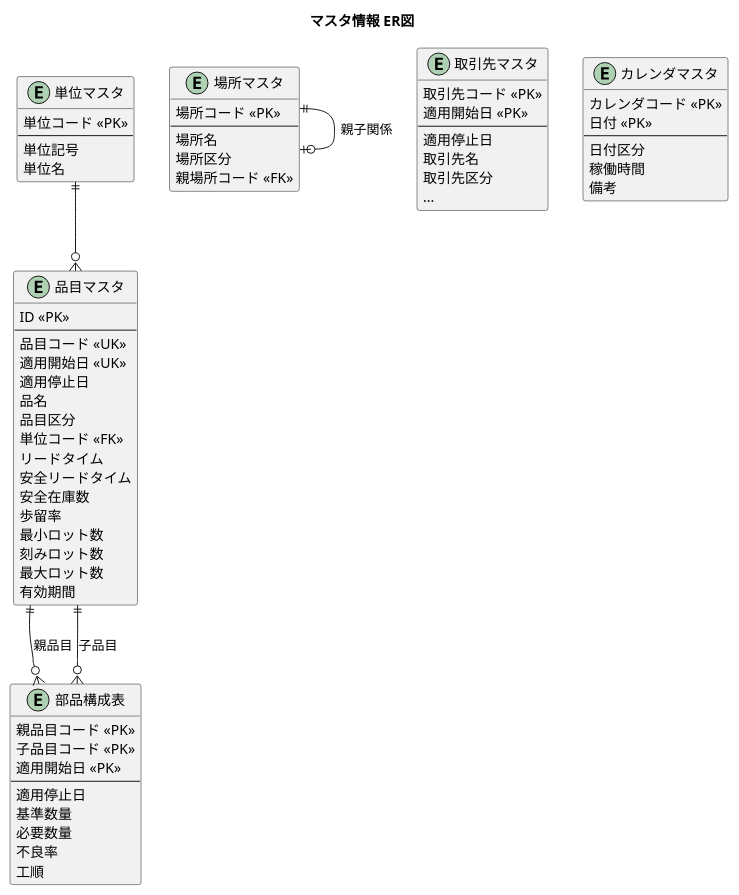
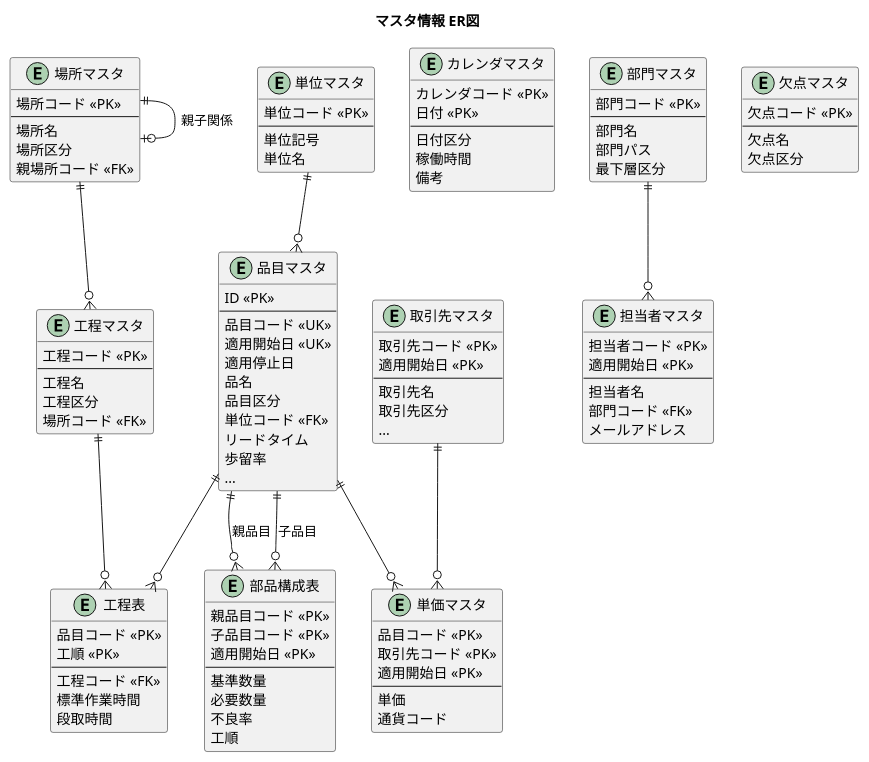
Diagram 15 of 15 in docs/article/part4/chapter23.md (k2works/practical-database-design), drawn with PlantUML before and after one commit. The commit also changed other lines of this file and 2 other files, not shown here.

````diff
--- a/docs/article/part4/chapter23.md
+++ b/docs/article/part4/chapter23.md
@@ -1432,6 +1929,13 @@
 @startuml
 
 title マスタ情報 ER図
+
+entity 単位マスタ {
+  単位コード <<PK>>
+  --
+  単位記号
+  単位名
+}
 
 entity 品目マスタ {
   ID <<PK>>
@@ -1443,20 +1947,8 @@
   品目区分
   単位コード <<FK>>
   リードタイム
-  安全リードタイム
-  安全在庫数
   歩留率
-  最小ロット数
-  刻みロット数
-  最大ロット数
-  有効期間
-}
-
-entity 単位マスタ {
-  単位コード <<PK>>
-  --
-  単位記号
-  単位名
+  ...
 }
 
 entity 部品構成表 {
@@ -1464,11 +1956,19 @@
   子品目コード <<PK>>
   適用開始日 <<PK>>
   --
-  適用停止日
   基準数量
   必要数量
   不良率
   工順
+}
+
+entity カレンダマスタ {
+  カレンダコード <<PK>>
+  日付 <<PK>>
+  --
+  日付区分
+  稼働時間
+  備考
 }
 
 entity 場所マスタ {
@@ -1483,25 +1983,72 @@
   取引先コード <<PK>>
   適用開始日 <<PK>>
   --
-  適用停止日
   取引先名
   取引先区分
   ...
 }
 
-entity カレンダマスタ {
-  カレンダコード <<PK>>
-  日付 <<PK>>
+entity 部門マスタ {
+  部門コード <<PK>>
   --
-  日付区分
-  稼働時間
-  備考
+  部門名
+  部門パス
+  最下層区分
 }
 
+entity 担当者マスタ {
+  担当者コード <<PK>>
+  適用開始日 <<PK>>
+  --
+  担当者名
+  部門コード <<FK>>
+  メールアドレス
+}
+
+entity 工程マスタ {
+  工程コード <<PK>>
+  --
+  工程名
+  工程区分
+  場所コード <<FK>>
+}
+
+entity 工程表 {
+  品目コード <<PK>>
+  工順 <<PK>>
+  --
+  工程コード <<FK>>
+  標準作業時間
+  段取時間
+}
+
+entity 単価マスタ {
+  品目コード <<PK>>
+  取引先コード <<PK>>
+  適用開始日 <<PK>>
+  --
+  単価
+  通貨コード
+}
+
+entity 欠点マスタ {
+  欠点コード <<PK>>
+  --
+  欠点名
+  欠点区分
+}
+
+' リレーション
 単位マスタ ||--o{ 品目マスタ
 品目マスタ ||--o{ 部品構成表 : 親品目
 品目マスタ ||--o{ 部品構成表 : 子品目
 場所マスタ ||--o| 場所マスタ : 親子関係
+場所マスタ ||--o{ 工程マスタ
+部門マスタ ||--o{ 担当者マスタ
+品目マスタ ||--o{ 工程表
+工程マスタ ||--o{ 工程表
+品目マスタ ||--o{ 単価マスタ
+取引先マスタ ||--o{ 単価マスタ
 
 @enduml
 ```
````
